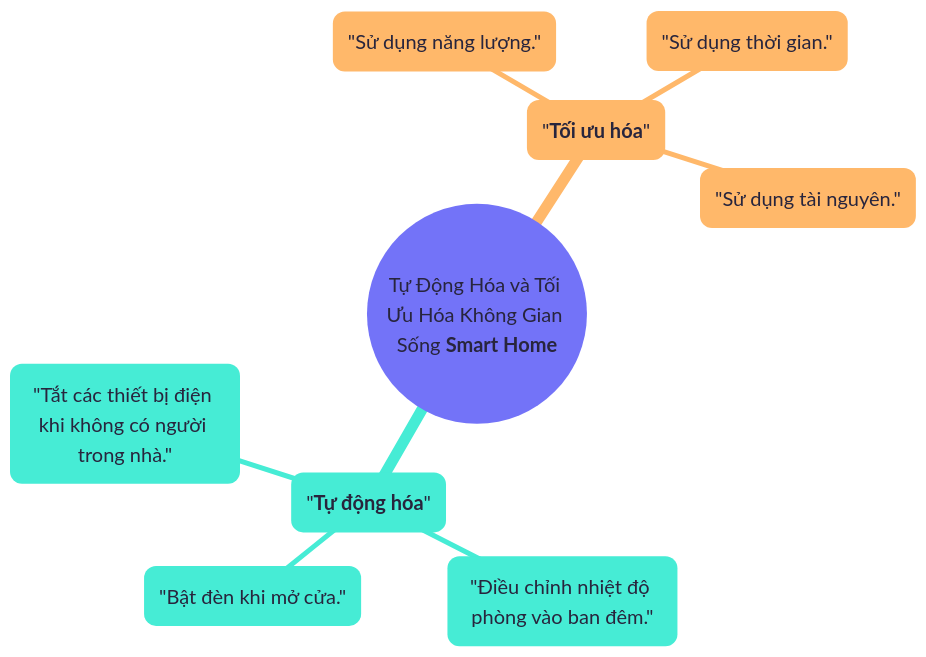
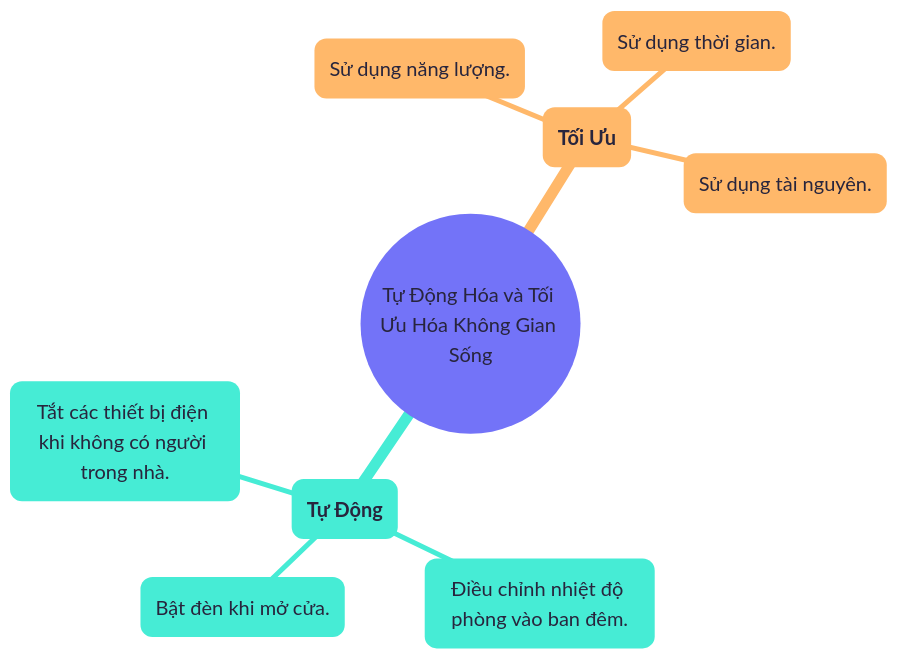
One commit to sam-uit/typst-report-template changed the diagram in content/diagrams/chapter02-tu-dong-hoa-va-toi-uu-hoa-khong-gian.mmd. Above: the diagram before and after it, drawn with Mermaid.

```diff
--- a/content/diagrams/chapter02-tu-dong-hoa-va-toi-uu-hoa-khong-gian.mmd
+++ b/content/diagrams/chapter02-tu-dong-hoa-va-toi-uu-hoa-khong-gian.mmd
@@ -1,17 +1,17 @@
 ---
 config:
   theme: redux-color
   themeVariables:
     fontFamily: Google Sans
     fontSize: 20px
 ---
 mindmap
-  root(("Tự Động Hóa và Tối Ưu Hóa Không Gian Sống **Smart Home**"))
-    "**Tự động hóa**"
-        "Bật đèn khi mở cửa."
-        "Điều chỉnh nhiệt độ phòng vào ban đêm."
-        "Tắt các thiết bị điện khi không có người trong nhà."
-    "**Tối ưu hóa**"
-        "Sử dụng năng lượng."
-        "Sử dụng thời gian."
-        "Sử dụng tài nguyên."
+  root(("Tự Động Hóa và Tối Ưu Hóa Không Gian Sống"))
+    ("**Tự Động**")
+        Bật đèn khi mở cửa.
+        Điều chỉnh nhiệt độ phòng vào ban đêm.
+        Tắt các thiết bị điện khi không có người trong nhà.
+    ("**Tối Ưu**")
+        Sử dụng năng lượng.
+        Sử dụng thời gian.
+        Sử dụng tài nguyên.
```
